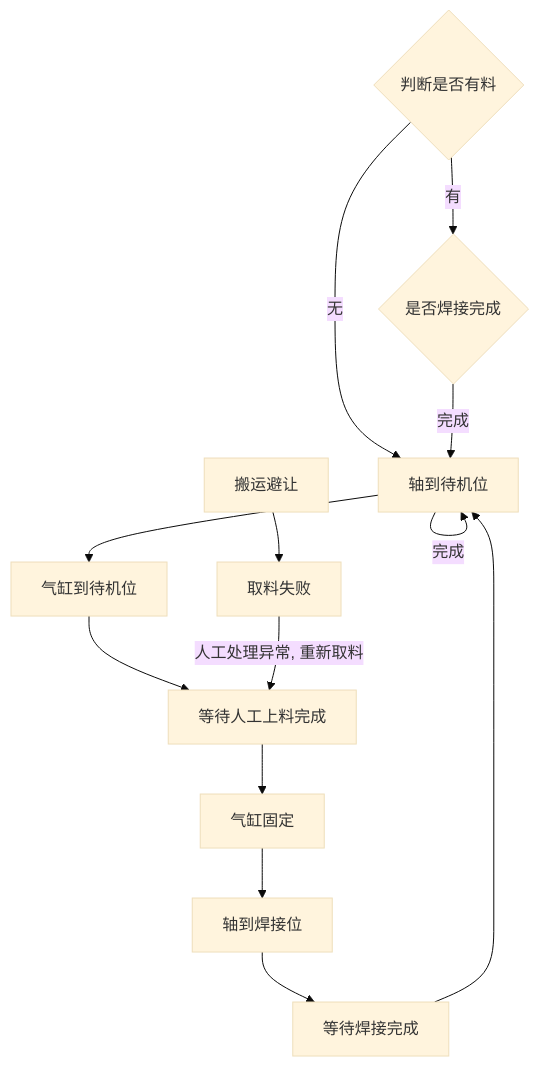
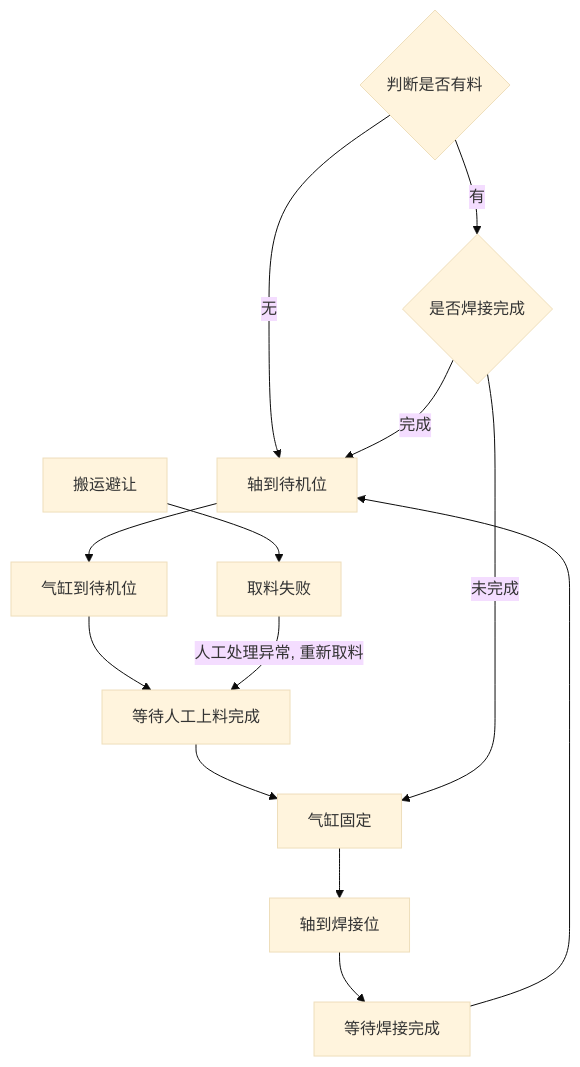
Before and after one commit to PengKun1/iodraw-files: the diagram in all/OP10 上料工位自动流程.md, drawn with Mermaid (base theme).

Commit message:
2024-08-02 11:01:42 update

````diff
--- a/all/OP10 上料工位自动流程.md
+++ b/all/OP10 上料工位自动流程.md
@@ -1,20 +1,20 @@
 ```mermaid
 graph TD
 10{判断是否有料}-->|无|20
 10-->|有|100
 20[轴到待机位]-->30
 30[气缸到待机位]-->40
 40[等待人工上料完成]-->50
 50[气缸固定]-->60
 60[轴到焊接位]-->70
 70[等待焊接完成]-->20
 
 100{是否焊接完成}-->|完成|20
--->|完成|20
+100-->|未完成|50
 
 
 
 90[搬运避让]-->900
 
 900[取料失败]-->|人工处理异常, 重新取料|40
 ```
````
